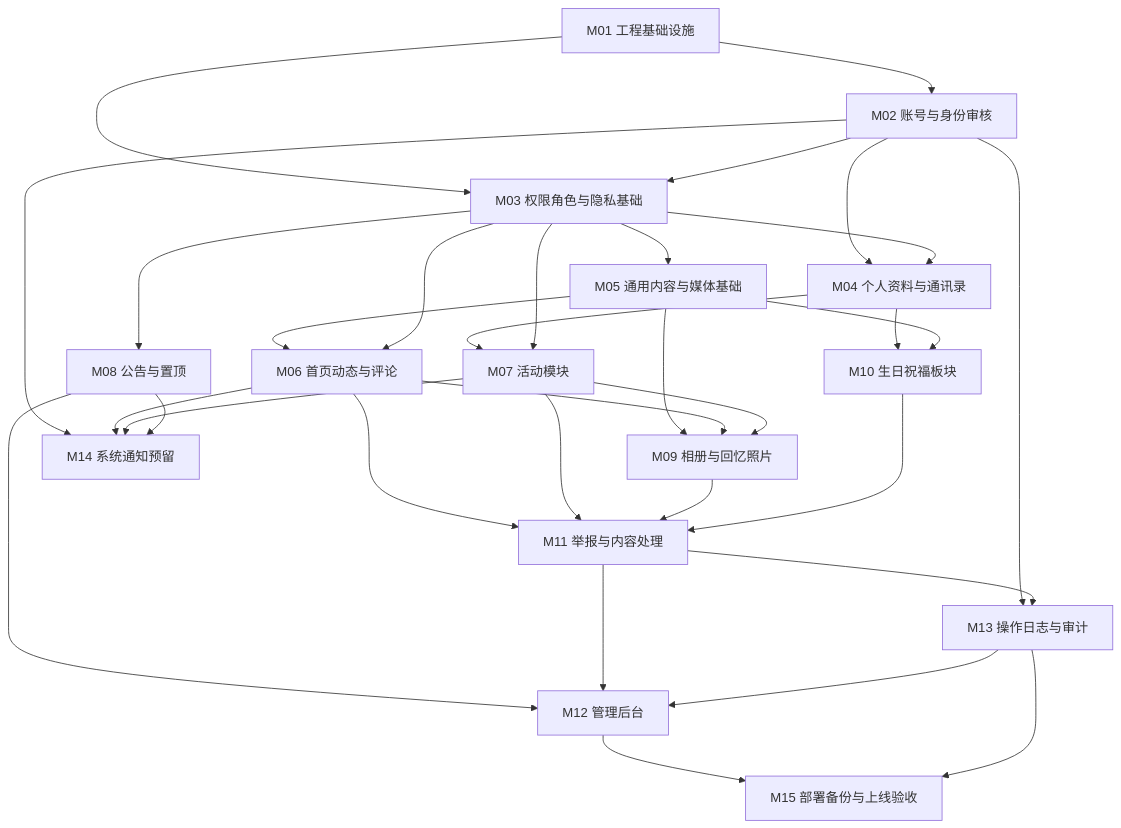
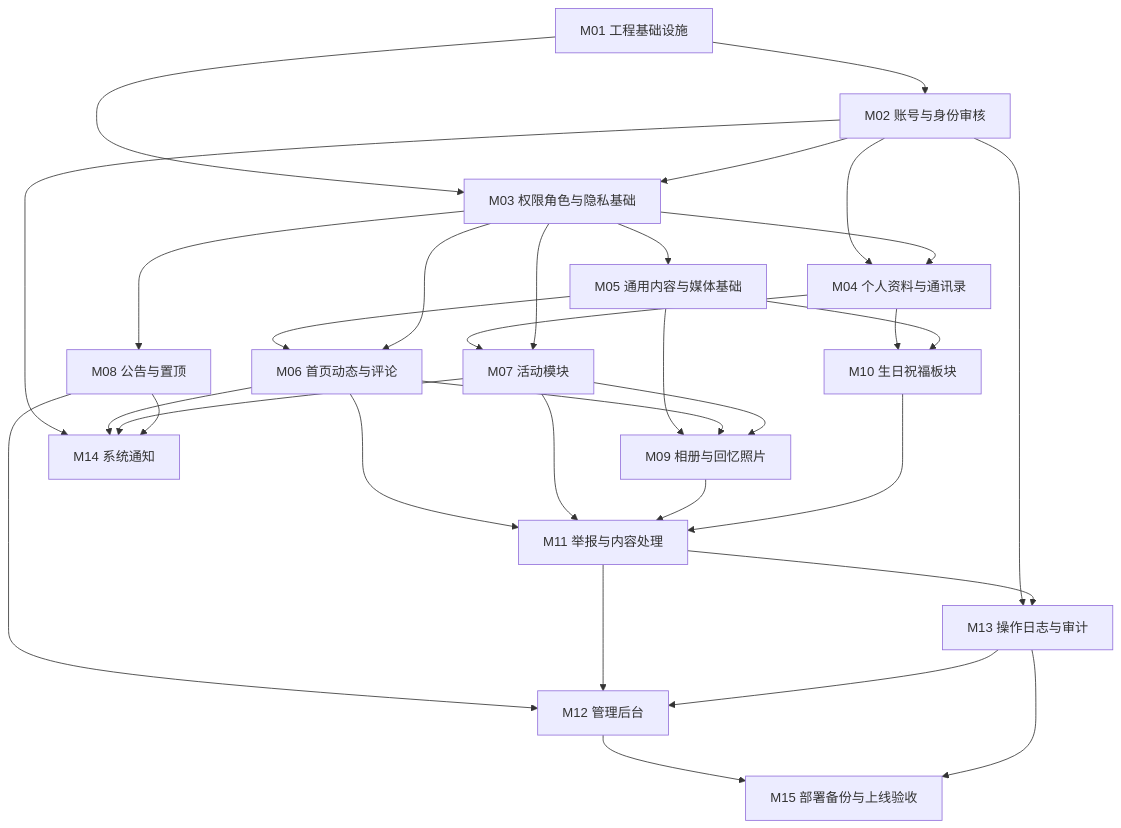
Before and after one commit to sharpcj/Tavern: the eighth of 8 diagrams in docs/project-development-module-plan.md, drawn with Mermaid. The commit also changed other lines of this file and 5 other files, not shown here.

````diff
--- a/docs/project-development-module-plan.md
+++ b/docs/project-development-module-plan.md
@@ -538,50 +551,50 @@
 ```mermaid
 flowchart TB
     M01[M01 工程基础设施]
     M02[M02 账号与身份审核]
     M03[M03 权限角色与隐私基础]
     M04[M04 个人资料与通讯录]
     M05[M05 通用内容与媒体基础]
     M06[M06 首页动态与评论]
     M07[M07 活动模块]
     M08[M08 公告与置顶]
     M09[M09 相册与回忆照片]
     M10[M10 生日祝福板块]
     M11[M11 举报与内容处理]
     M12[M12 管理后台]
     M13[M13 操作日志与审计]
-    M14[M14 系统通知预留]
+    M14[M14 系统通知]
     M15[M15 部署备份与上线验收]
 
     M01 --> M02
     M01 --> M03
     M02 --> M03
     M02 --> M04
     M03 --> M04
     M03 --> M05
     M04 --> M07
     M05 --> M06
     M03 --> M06
     M03 --> M07
     M03 --> M08
     M05 --> M09
     M06 --> M09
     M07 --> M09
     M04 --> M10
     M05 --> M10
     M06 --> M11
     M07 --> M11
     M08 --> M12
     M09 --> M11
     M10 --> M11
     M02 --> M13
     M11 --> M13
     M11 --> M12
     M13 --> M12
     M02 --> M14
     M06 --> M14
     M07 --> M14
     M08 --> M14
     M12 --> M15
     M13 --> M15
 ```
````
